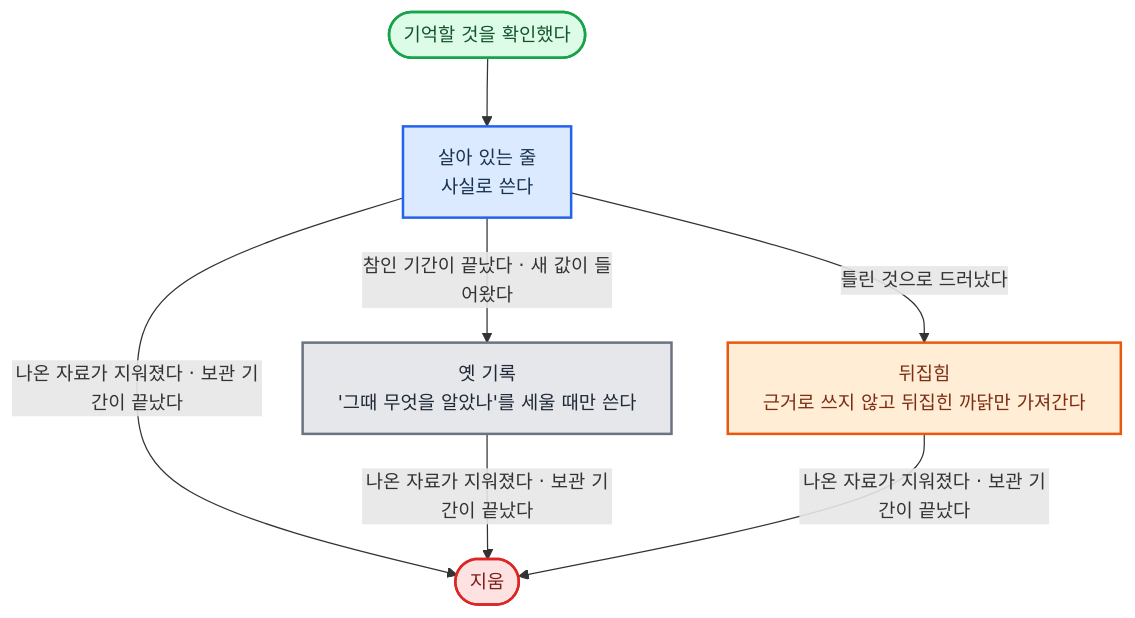
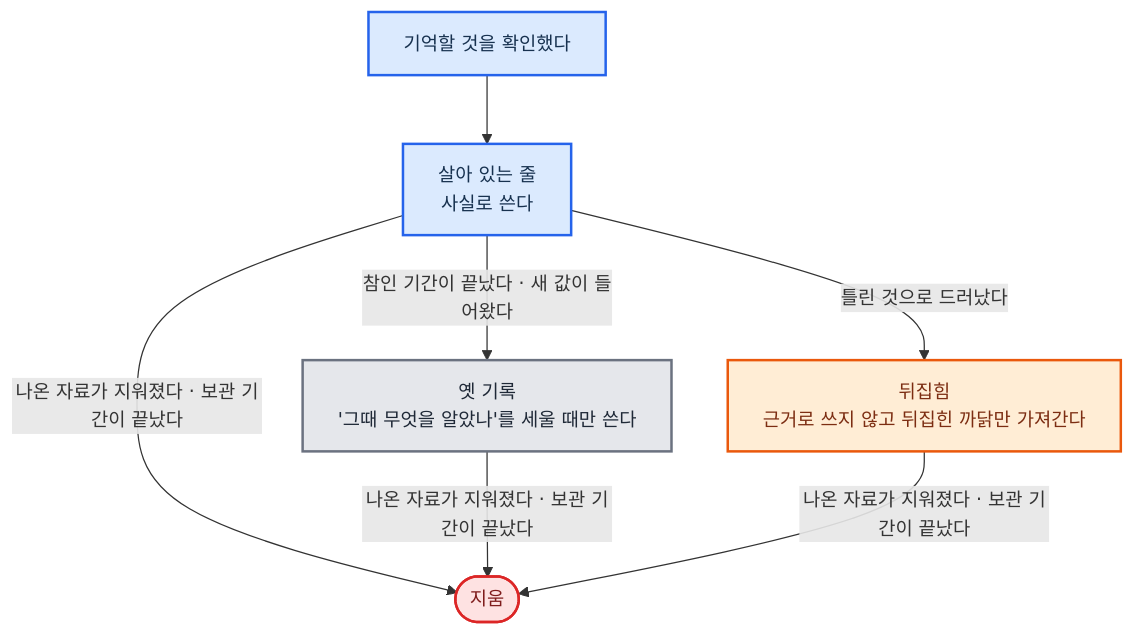
One commit to harisbaguette/expert changed the ninth of 26 diagrams in 전문가 에이전트 정의 2.md. Above: the diagram before and after it, drawn with Mermaid. The commit also changed other lines of this file and 7 other files, not shown here.

````diff
--- a/전문가 에이전트 정의 2.md
+++ b/전문가 에이전트 정의 2.md
@@ -884,13 +1001,13 @@
 ```mermaid
 %%{init: {"flowchart": {"wrappingWidth": 640, "curve": "basis", "nodeSpacing": 45, "rankSpacing": 55, "padding": 14, "useMaxWidth": true}, "themeVariables": {"fontSize": "15px"}} }%%
 flowchart TB
     classDef main fill:#dbeafe,stroke:#2563eb,stroke-width:2px,color:#17314f
     classDef stop fill:#fee2e2,stroke:#dc2626,stroke-width:2px,color:#7f1d1d
     classDef back fill:#ffedd5,stroke:#ea580c,stroke-width:2px,color:#7c2d12
     classDef store fill:#e5e7eb,stroke:#6b7280,stroke-width:2px,color:#1f2937
     classDef good fill:#dcfce7,stroke:#16a34a,stroke-width:2px,color:#14532d
-    IN(["기억할 것을 확인했다"]):::good --> LIVE["살아 있는 줄<br/>사실로 쓴다"]:::main
+    IN["기억할 것을 확인했다"]:::main --> LIVE["살아 있는 줄<br/>사실로 쓴다"]:::main
     LIVE -- "참인 기간이 끝났다 · 새 값이 들어왔다" --> OLD["옛 기록<br/>'그때 무엇을 알았나'를 세울 때만 쓴다"]:::store
     LIVE -- "틀린 것으로 드러났다" --> REV["뒤집힘<br/>근거로 쓰지 않고 뒤집힌 까닭만 가져간다"]:::back
     LIVE & OLD & REV -- "나온 자료가 지워졌다 · 보관 기간이 끝났다" --> DEL(["지움"]):::stop
 ```
````
